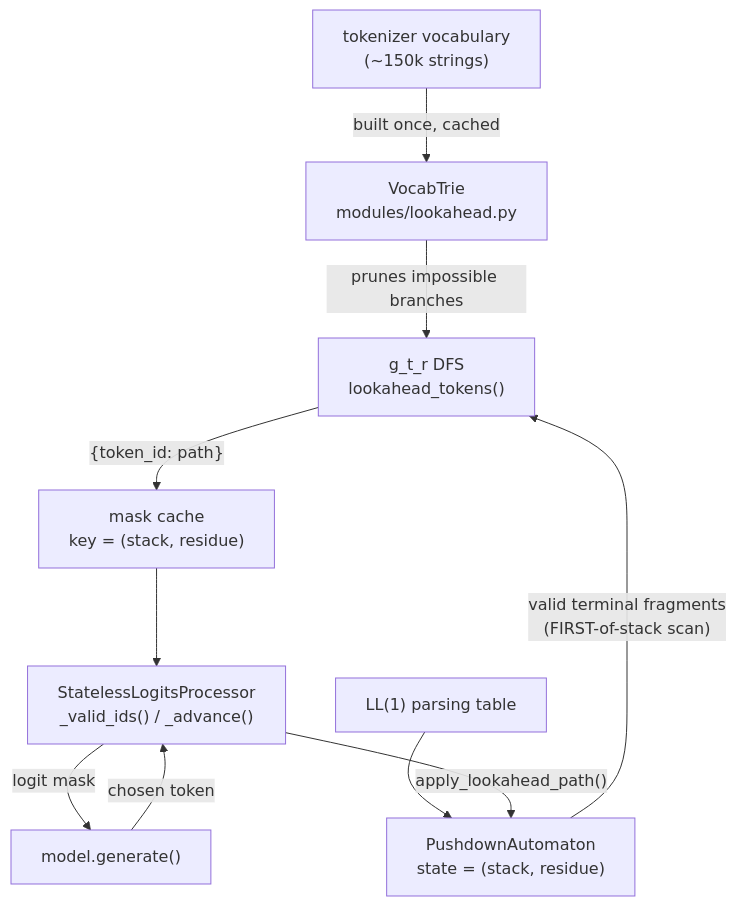
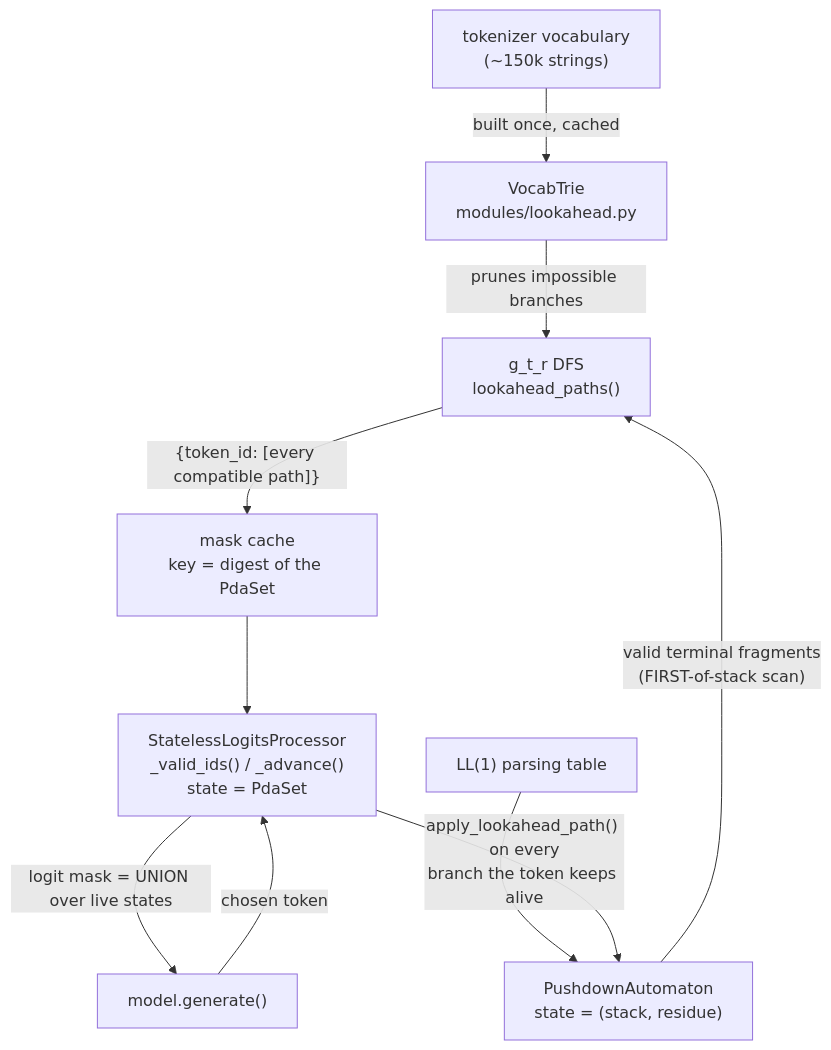
One commit to misaelmongiovi/grammarllm changed the third of 9 diagrams in docs/token-boundary-lookahead.md. Above: the diagram before and after it, drawn with Mermaid. The commit also changed other lines of this file and 7 other files, not shown here.

````diff
--- a/docs/token-boundary-lookahead.md
+++ b/docs/token-boundary-lookahead.md
@@ -50,12 +50,12 @@
 ```mermaid
 flowchart TB
     TKZ["tokenizer vocabulary<br/>(~150k strings)"] -->|"built once, cached"| TRIE["VocabTrie<br/>modules/lookahead.py"]
     GRAM["LL(1) parsing table"] --> PDA["PushdownAutomaton<br/>state = (stack, residue)"]
-    PDA -->|"valid terminal fragments<br/>(FIRST-of-stack scan)"| DFS["g_t_r DFS<br/>lookahead_tokens()"]
+    PDA -->|"valid terminal fragments<br/>(FIRST-of-stack scan)"| DFS["g_t_r DFS<br/>lookahead_paths()"]
     TRIE -->|"prunes impossible branches"| DFS
-    DFS -->|"{token_id: path}"| CACHE["mask cache<br/>key = (stack, residue)"]
-    CACHE --> PROC["StatelessLogitsProcessor<br/>_valid_ids() / _advance()"]
-    PROC -->|"logit mask"| GEN["model.generate()"]
+    DFS -->|"{token_id: [every compatible path]}"| CACHE["mask cache<br/>key = digest of the PdaSet"]
+    CACHE --> PROC["StatelessLogitsProcessor<br/>_valid_ids() / _advance()<br/>state = PdaSet"]
+    PROC -->|"logit mask = UNION over live states"| GEN["model.generate()"]
     GEN -->|"chosen token"| PROC
-    PROC -->|"apply_lookahead_path()"| PDA
+    PROC -->|"apply_lookahead_path() on every<br/>branch the token keeps alive"| PDA
 ```
````
